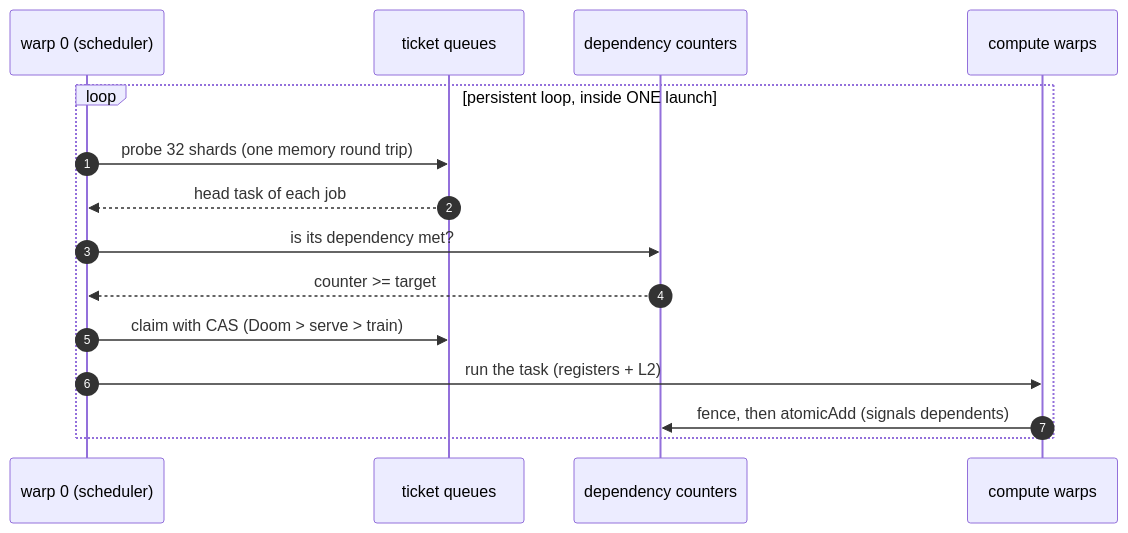
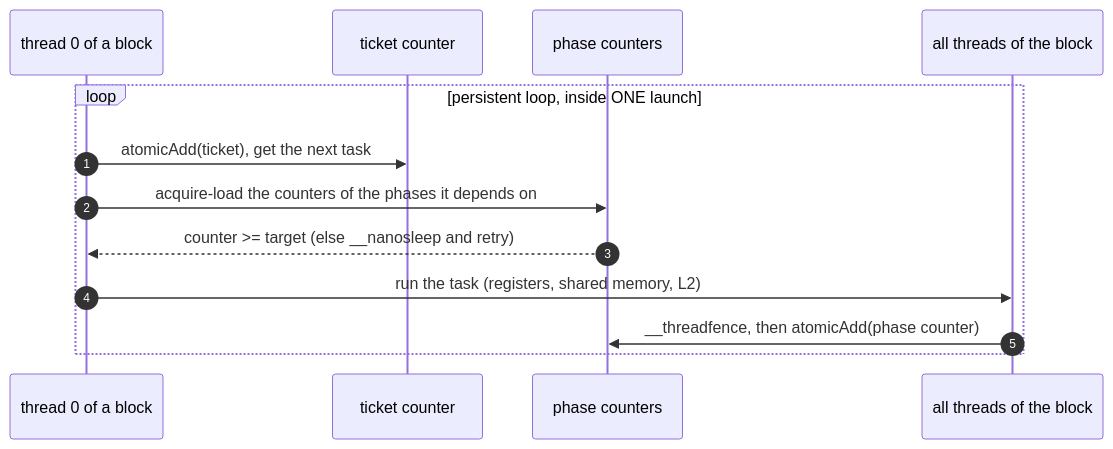
One commit to Bobliuuu/open-flapping-airplanes changed the second of 3 diagrams in README.md. Above: the diagram before and after it, drawn with Mermaid. The commit also changed other lines of this file and 2 other files, not shown here.

Commit message:
docs: describe the LLM megakernel's scheduler as it is in the code
The README architecture text and diagrams described the small demo's
sharded CAS queues. The LLM kernel uses a static SM partition, one ticket
counter per job claimed with atomicAdd, and per-phase completion counters
read with acquire loads.

````diff
--- a/README.md
+++ b/README.md
@@ -130,17 +134,15 @@
 ```mermaid
 sequenceDiagram
     autonumber
-    participant S as warp 0 (scheduler)
-    participant Q as ticket queues
-    participant C as dependency counters
-    participant W as compute warps
+    participant T as thread 0 of a block
+    participant Q as ticket counter
+    participant C as phase counters
+    participant W as all threads of the block
     loop persistent loop, inside ONE launch
-        S->>Q: probe 32 shards (one memory round trip)
-        Q-->>S: head task of each job
-        S->>C: is its dependency met?
-        C-->>S: counter >= target
-        S->>Q: claim with CAS (Doom > serve > train)
-        S->>W: run the task (registers + L2)
-        W->>C: fence, then atomicAdd (signals dependents)
+        T->>Q: atomicAdd(ticket), get the next task
+        T->>C: acquire-load the counters of the phases it depends on
+        C-->>T: counter >= target (else __nanosleep and retry)
+        T->>W: run the task (registers, shared memory, L2)
+        W->>C: __threadfence, then atomicAdd(phase counter)
     end
 ```
````
